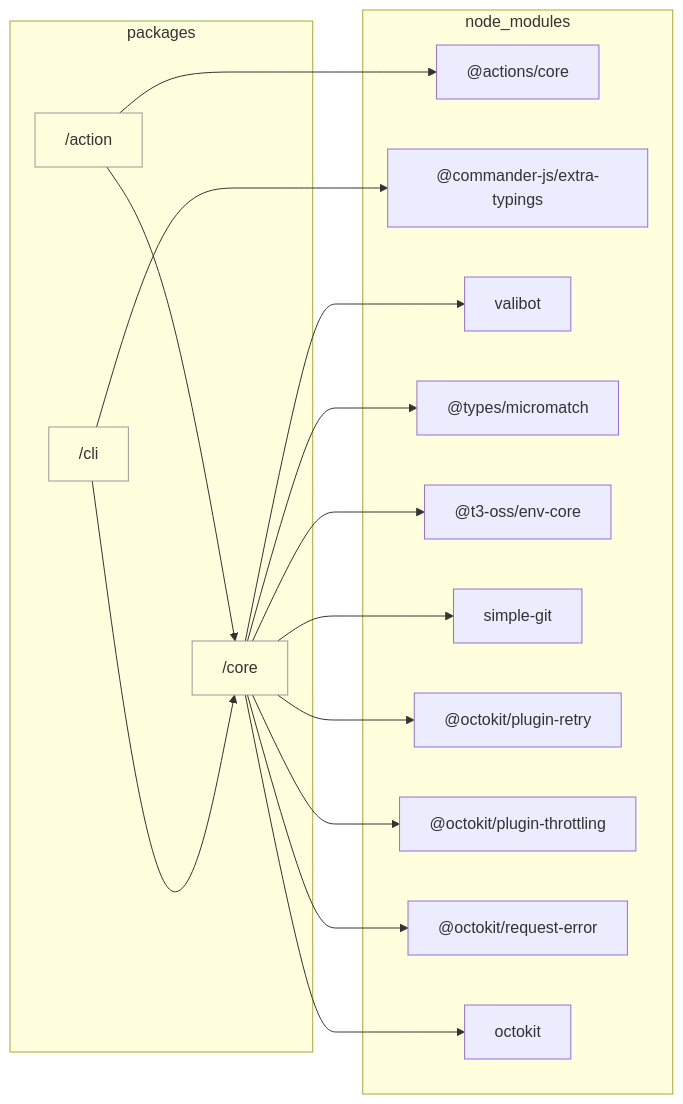
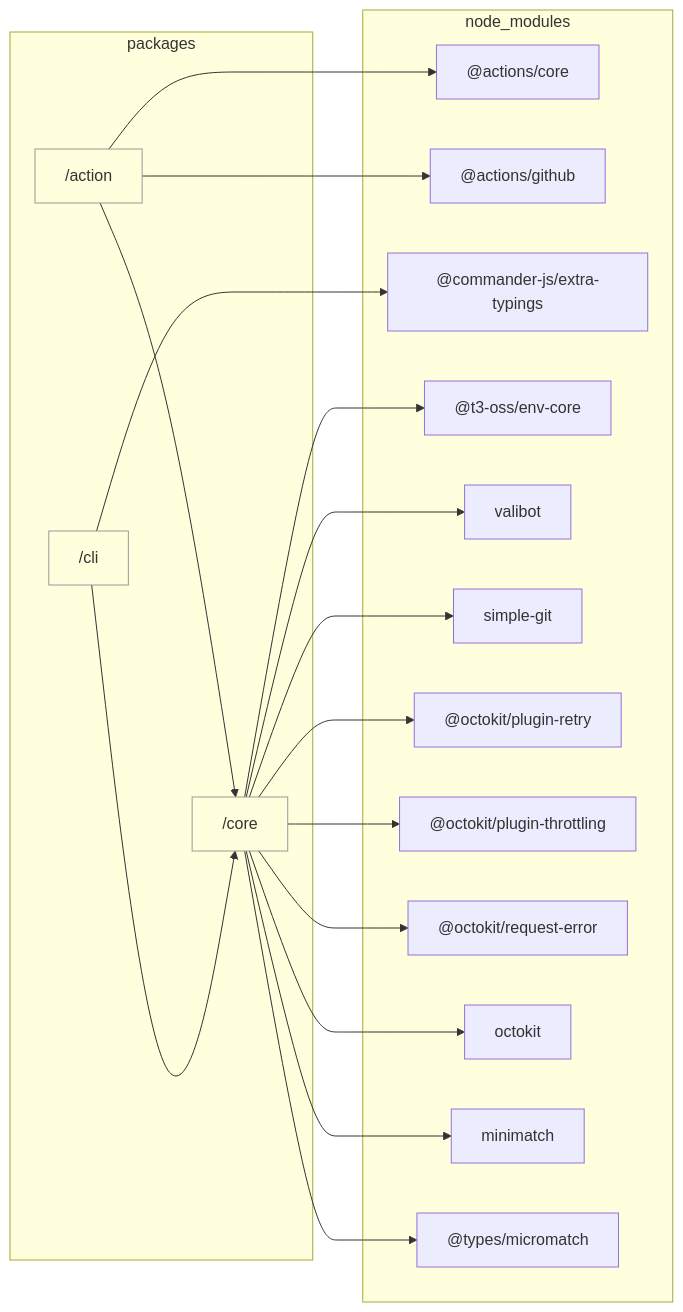
Before and after one commit to sugurutakahashi-1234/issue-linker: the diagram in docs/reports/dependencies/overview.md, drawn with Mermaid. The commit also changed 27 other files, not shown here.

````diff
--- a/docs/reports/dependencies/overview.md
+++ b/docs/reports/dependencies/overview.md
@@ -7,33 +7,37 @@
 ```mermaid
 flowchart LR
     classDef dir fill:#0000,stroke:#999
     subgraph packages["packages"]
         packages/core["/core"]:::dir
         packages/action["/action"]:::dir
         packages/cli["/cli"]:::dir
     end
     subgraph node//modules["node_modules"]
         node//modules///actions/core/lib/core.d.ts["@actions/core"]
+        node//modules///actions/github/lib/github.d.ts["@actions/github"]
         node//modules///commander//js/extra//typings/index.d.ts["@commander-js/extra-typings"]
+        node//modules///t3//oss/env//core/dist/index.d.ts["@t3-oss/env-core"]
         node//modules/valibot/dist/index.d.cts["valibot"]
-        node//modules///types/micromatch/index.d.ts["@types/micromatch"]
-        node//modules///t3//oss/env//core/dist/index.d.ts["@t3-oss/env-core"]
         node//modules/simple//git/dist/typings/index.d.ts["simple-git"]
         node//modules///octokit/plugin//retry/dist//types/index.d.ts["@octokit/plugin-retry"]
         node//modules///octokit/plugin//throttling/dist//types/index.d.ts["@octokit/plugin-throttling"]
         node//modules///octokit/request//error/dist//types/index.d.ts["@octokit/request-error"]
         node//modules/octokit/dist//types/index.d.ts["octokit"]
+        node//modules/minimatch/dist/commonjs/index.d.ts["minimatch"]
+        node//modules///types/micromatch/index.d.ts["@types/micromatch"]
     end
     packages/action-->node//modules///actions/core/lib/core.d.ts
+    packages/action-->node//modules///actions/github/lib/github.d.ts
     packages/action-->packages/core
     packages/cli-->node//modules///commander//js/extra//typings/index.d.ts
     packages/cli-->packages/core
+    packages/core-->node//modules///t3//oss/env//core/dist/index.d.ts
     packages/core-->node//modules/valibot/dist/index.d.cts
-    packages/core-->node//modules///types/micromatch/index.d.ts
-    packages/core-->node//modules///t3//oss/env//core/dist/index.d.ts
     packages/core-->node//modules/simple//git/dist/typings/index.d.ts
     packages/core-->node//modules///octokit/plugin//retry/dist//types/index.d.ts
     packages/core-->node//modules///octokit/plugin//throttling/dist//types/index.d.ts
     packages/core-->node//modules///octokit/request//error/dist//types/index.d.ts
     packages/core-->node//modules/octokit/dist//types/index.d.ts
+    packages/core-->node//modules/minimatch/dist/commonjs/index.d.ts
+    packages/core-->node//modules///types/micromatch/index.d.ts
 ```
````
